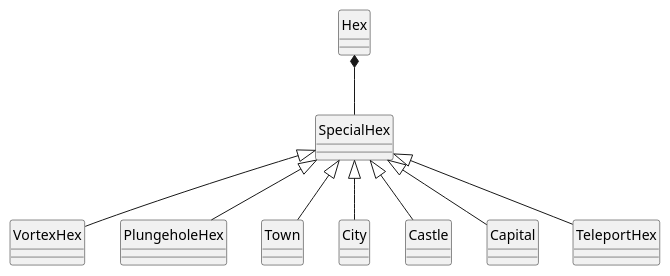
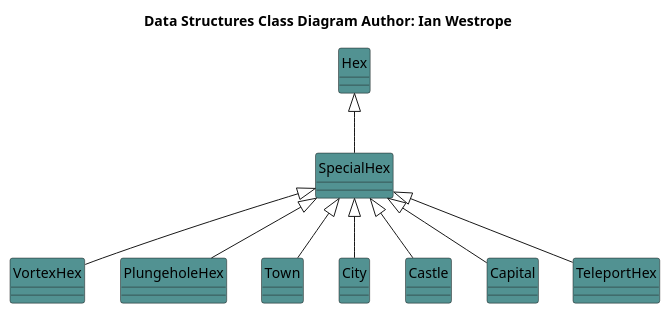
Before and after one commit to cjeffery/sworsorc: the diagram in doc/hex.pu, drawn with PlantUML. The commit also changed 2 other files, not shown here.

Commit message:
standardize diagrams

```diff
--- a/doc/hex.pu
+++ b/doc/hex.pu
@@ -1,33 +1,34 @@
 @startuml
 hide circles
+title <b>Data Structures Class Diagram<b> Author: Ian Westrope
 
-class Hex
+class Hex #529292
 
-class SpecialHex
+class SpecialHex #529292
 
-class VortexHex
+class VortexHex #529292
 
-class PlungeholeHex
+class PlungeholeHex #529292
 
-class Town
+class Town #529292
 
-class City
+class City #529292
 
-class Castle
+class Castle #529292
 
-class Capital
+class Capital #529292
 
-class TeleportHex
+class TeleportHex #529292
 
-Hex *-- SpecialHex
+Hex <|-- SpecialHex
 
 SpecialHex <|-- VortexHex
 SpecialHex <|-- PlungeholeHex
 SpecialHex <|-- Town
 SpecialHex <|-- City
 SpecialHex <|-- Castle
 SpecialHex <|-- Capital
 SpecialHex <|-- TeleportHex
 
 
 @enduml
```
